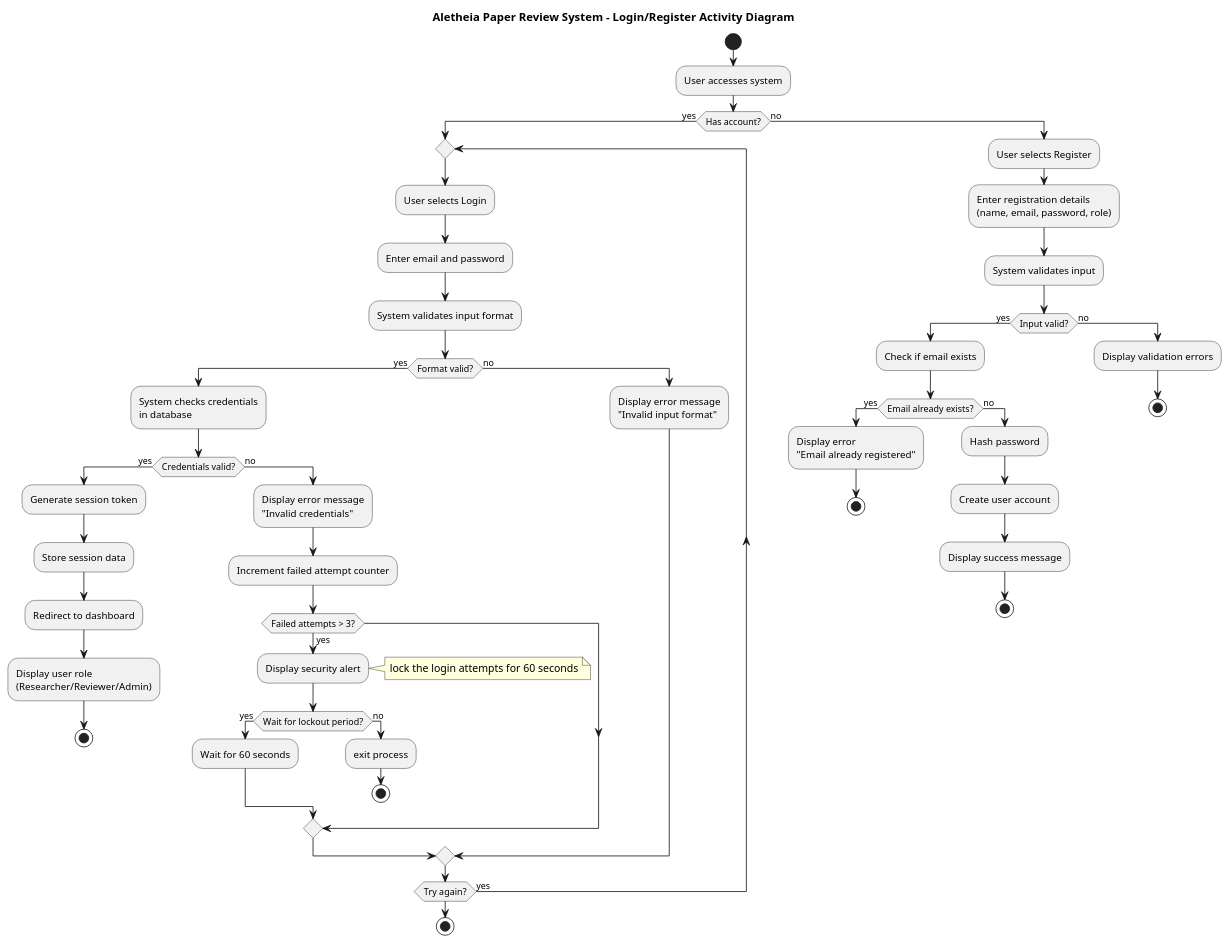
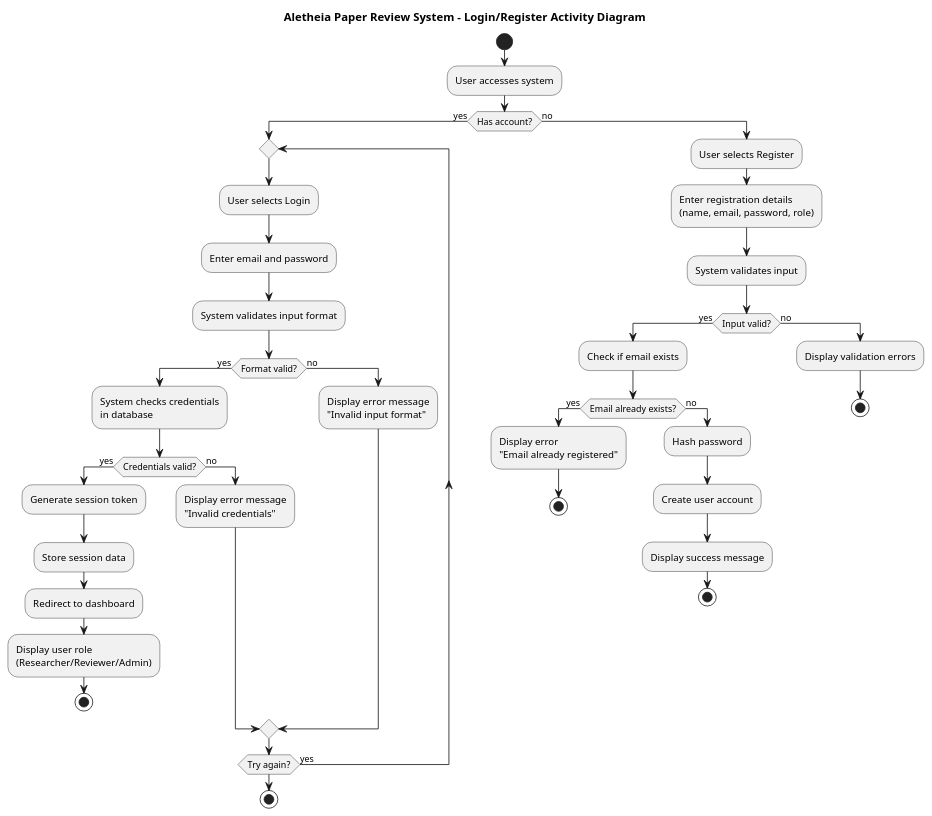
Before and after one commit to ShiroYaksha01/Aletheia: the diagram in Report/Diagram/login-register_activity_diagram.puml, drawn with PlantUML. The commit also changed 5 other files, not shown here.

Commit message:
Editing diagram

```diff
--- a/Report/Diagram/login-register_activity_diagram.puml
+++ b/Report/Diagram/login-register_activity_diagram.puml
@@ -1,71 +1,57 @@
 @startuml authentication_activity_diagram
 title Aletheia Paper Review System - Login/Register Activity Diagram
 start
 
 :User accesses system;
 
 if (Has account?) then (yes)
   repeat
     :User selects Login;
     :Enter email and password;
     
     :System validates input format;
     
     if (Format valid?) then (yes)
       :System checks credentials\nin database;
       
       if (Credentials valid?) then (yes)
         :Generate session token;
         :Store session data;
         :Redirect to dashboard;
         :Display user role\n(Researcher/Reviewer/Admin);
         stop
       else (no)
         :Display error message\n"Invalid credentials";
-        :Increment failed attempt counter;
-        
-        if (Failed attempts > 3?) then (yes)
-          ' :Lock account temporarily;
-          ' :Send notification email;
-          :Display security alert;
-          note right: lock the login attempts for 60 seconds
-          if (Wait for lockout period?) then (yes)
-            :Wait for 60 seconds;
-          else (no)
-            :exit process;
-            stop
-          endif
-        endif
       endif
     else (no)
       :Display error message\n"Invalid input format";
     endif
   repeat while (Try again?) is (yes)
   stop
   
 else (no)
   :User selects Register;
   :Enter registration details\n(name, email, password, role);
   
   :System validates input;
   
   if (Input valid?) then (yes)
     :Check if email exists;
     
     if (Email already exists?) then (yes)
       :Display error\n"Email already registered";
       stop
     else (no)
       :Hash password;
       :Create user account;
       ' :Send verification email; 
       :Display success message;
       stop
     endif
   else (no)
     :Display validation errors;
     stop
   endif
 endif
 
 @enduml
```
